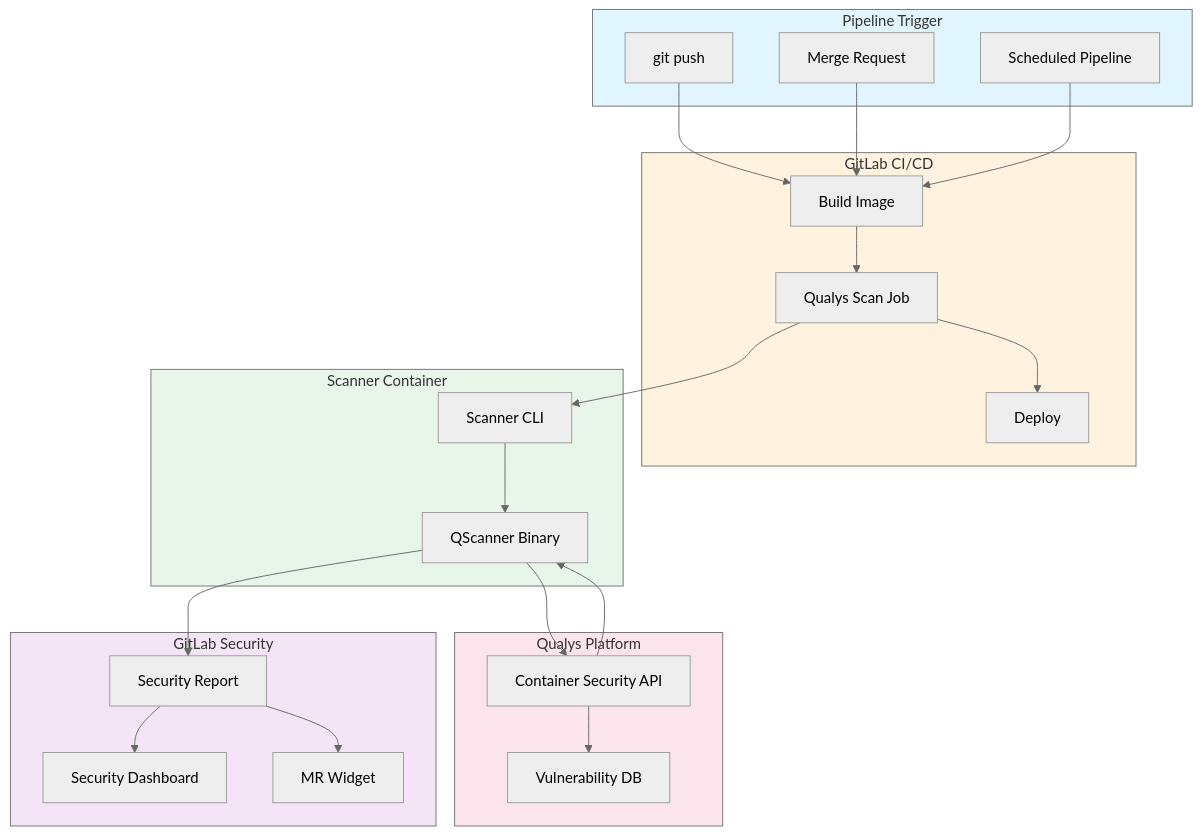
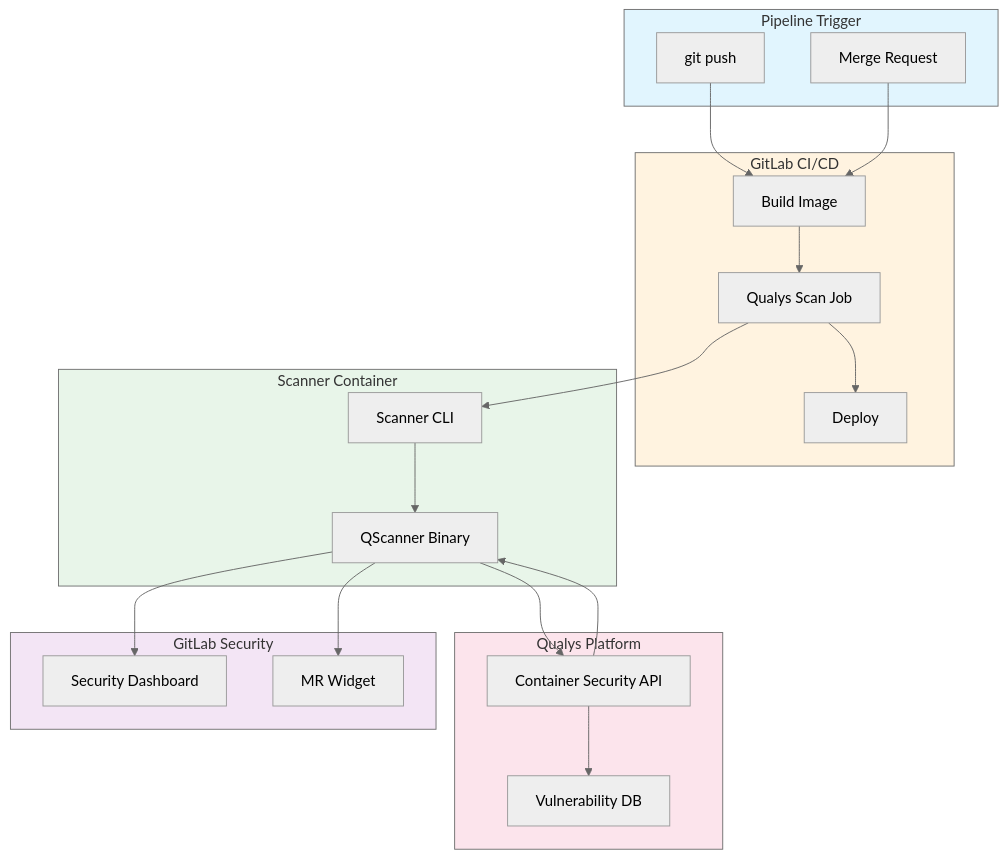
The second of 9 diagrams in docs/blog-technical-architecture.md (nelssec/qualys-gitlab), drawn with Mermaid (neutral theme) before and after one commit. The commit also changed other lines of this file and 43 other files, not shown here.

````diff
--- a/docs/blog-technical-architecture.md
+++ b/docs/blog-technical-architecture.md
@@ -20,48 +45,39 @@
 ```mermaid
 flowchart TB
     subgraph trigger["Pipeline Trigger"]
         PUSH[git push]
         MR[Merge Request]
-        SCHED[Scheduled Pipeline]
     end
 
     subgraph pipeline["GitLab CI/CD"]
         BUILD[Build Image]
         SCAN[Qualys Scan Job]
         DEPLOY[Deploy]
     end
 
     subgraph scanner["Scanner Container"]
         CLI[Scanner CLI]
         QSCANNER[QScanner Binary]
     end
 
     subgraph qualys["Qualys Platform"]
         API[Container Security API]
         VULNDB[Vulnerability DB]
     end
 
     subgraph results["GitLab Security"]
-        REPORT[Security Report]
         DASHBOARD[Security Dashboard]
         WIDGET[MR Widget]
     end
 
-    PUSH --> BUILD
-    MR --> BUILD
-    SCHED --> BUILD
-    BUILD --> SCAN
-    SCAN --> CLI --> QSCANNER
+    PUSH & MR --> BUILD --> SCAN --> CLI --> QSCANNER
     QSCANNER --> API --> VULNDB
-    API --> QSCANNER
-    QSCANNER --> REPORT
-    REPORT --> DASHBOARD
-    REPORT --> WIDGET
+    API --> QSCANNER --> DASHBOARD & WIDGET
     SCAN --> DEPLOY
 
     style trigger fill:#e1f5fe
     style pipeline fill:#fff3e0
     style scanner fill:#e8f5e9
     style qualys fill:#fce4ec
     style results fill:#f3e5f5
 ```
````
